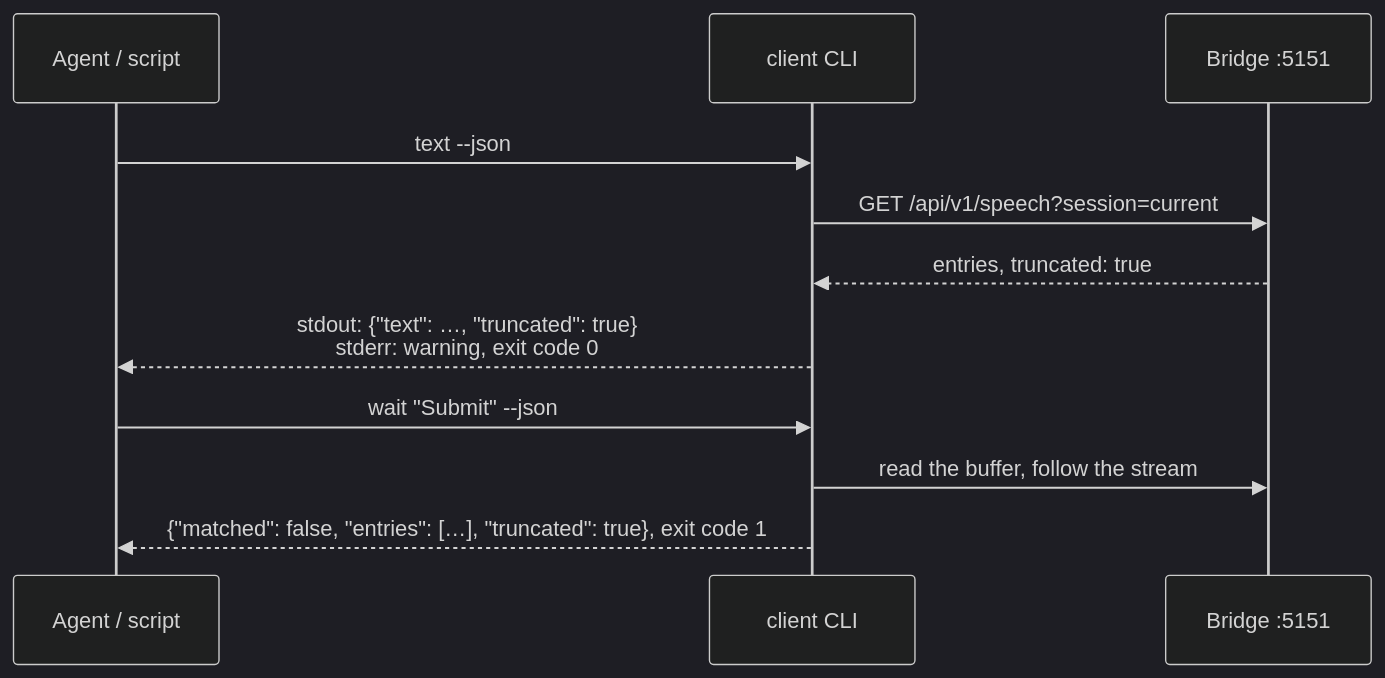
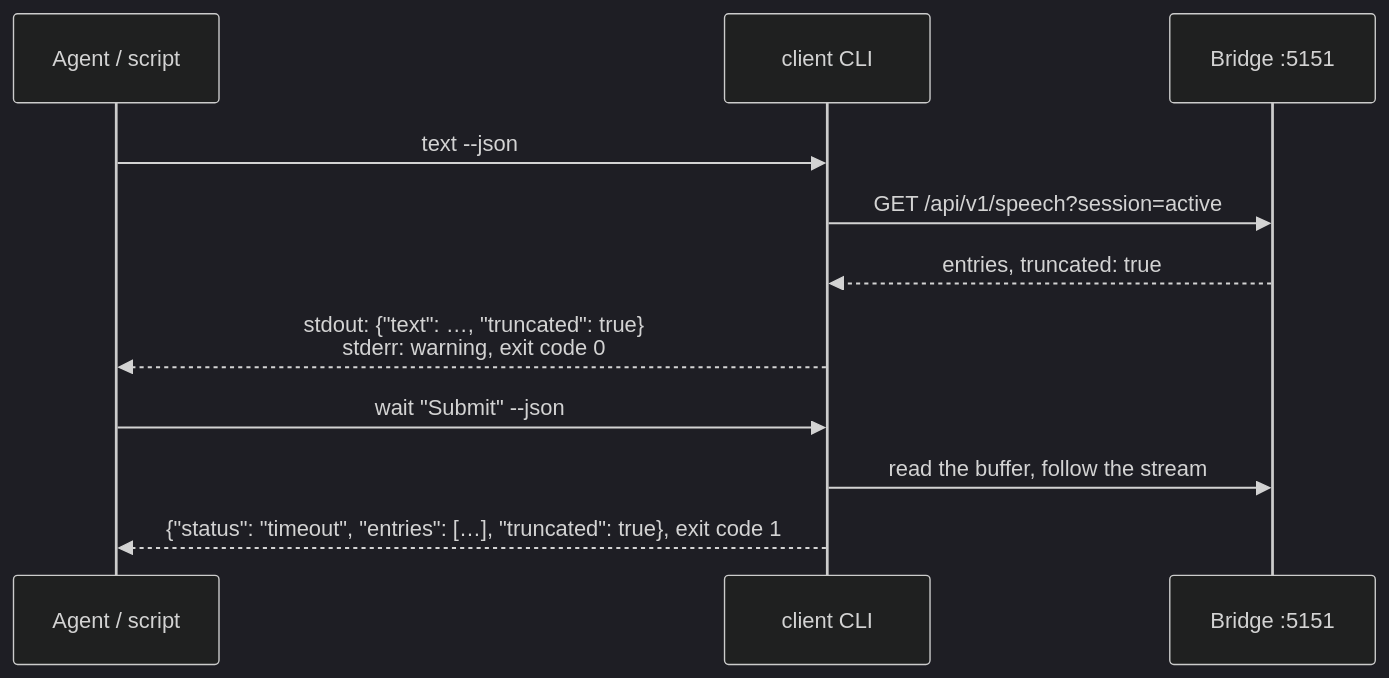
The sixth of 6 diagrams in docs/usage/flows/truncation.md (TimoSto/screenreader-speech-capture), drawn with Mermaid (dark theme) before and after one commit. The commit also changed 10 other files, not shown here.

First line of the commit message:
docs: bring the usage flows up to date and add the agent preflight and recovery (#228)

````diff
--- a/docs/usage/flows/truncation.md
+++ b/docs/usage/flows/truncation.md
@@ -120,14 +120,14 @@
 ```mermaid
 sequenceDiagram
     participant A as Agent / script
     participant CLI as client CLI
     participant B as Bridge :5151
 
     A->>CLI: text --json
-    CLI->>B: GET /api/v1/speech?session=current
+    CLI->>B: GET /api/v1/speech?session=active
     B-->>CLI: entries, truncated: true
     CLI-->>A: stdout: {"text": …, "truncated": true}<br/>stderr: warning, exit code 0
     A->>CLI: wait "Submit" --json
     CLI->>B: read the buffer, follow the stream
-    CLI-->>A: {"matched": false, "entries": […], "truncated": true}, exit code 1
+    CLI-->>A: {"status": "timeout", "entries": […], "truncated": true}, exit code 1
 ```
````
